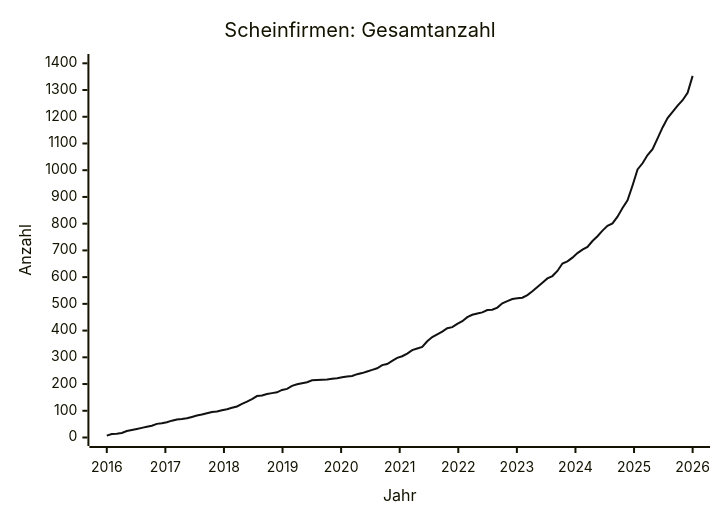
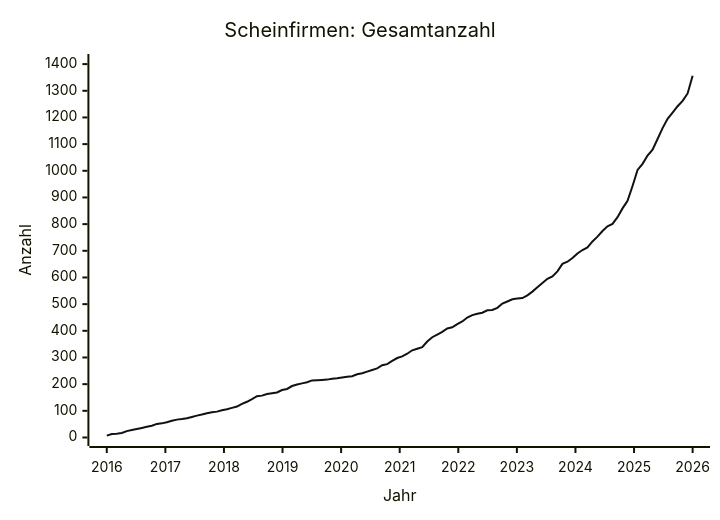
Before and after one commit to arjoma/scheinfirmen-at: the diagram in data/STATS.md, drawn with Mermaid. The commit also changed other lines of this file and 3 other files, not shown here.

````diff
--- a/data/STATS.md
+++ b/data/STATS.md
@@ -9,13 +9,13 @@
 ```mermaid
 ---
 config:
   themeVariables:
     xyChart:
       plotColorPalette: "#111111"
 ---
 xychart-beta
     title "Scheinfirmen: Gesamtanzahl"
     x-axis "Jahr" 2016 --> 2026
-    y-axis "Anzahl" 0 --> 1403
-    line [7, 13, 14, 17, 24, 28, 32, 36, 40, 44, 51, 53, 57, 63, 67, 69, 72, 77, 82, 86, 91, 95, 97, 102, 106, 111, 116, 126, 134, 144, 155, 157, 163, 166, 169, 178, 182, 193, 199, 203, 207, 214, 215, 216, 217, 220, 222, 225, 228, 230, 237, 241, 247, 253, 259, 271, 275, 287, 298, 304, 314, 327, 333, 339, 360, 376, 386, 396, 409, 413, 425, 435, 450, 459, 464, 468, 477, 478, 486, 502, 510, 518, 521, 523, 533, 547, 563, 579, 595, 604, 623, 651, 659, 673, 690, 703, 713, 735, 753, 774, 792, 801, 826, 859, 887, 943, 1003, 1026, 1057, 1079, 1119, 1160, 1195, 1218, 1242, 1262, 1290, 1353]
+    y-axis "Anzahl" 0 --> 1406
+    line [7, 13, 14, 17, 24, 28, 32, 36, 40, 44, 51, 53, 57, 63, 67, 69, 72, 77, 82, 86, 91, 95, 97, 102, 106, 111, 116, 126, 134, 144, 155, 157, 163, 166, 169, 178, 182, 193, 199, 203, 207, 214, 215, 216, 217, 220, 222, 225, 228, 230, 237, 241, 247, 253, 259, 271, 275, 287, 298, 304, 314, 327, 333, 339, 360, 376, 386, 396, 409, 413, 425, 435, 450, 459, 464, 468, 477, 478, 486, 502, 510, 518, 521, 523, 533, 547, 563, 579, 595, 604, 623, 651, 659, 673, 690, 703, 713, 735, 753, 774, 792, 801, 826, 859, 887, 943, 1003, 1026, 1057, 1079, 1119, 1160, 1195, 1218, 1242, 1262, 1290, 1356]
 ```
````
